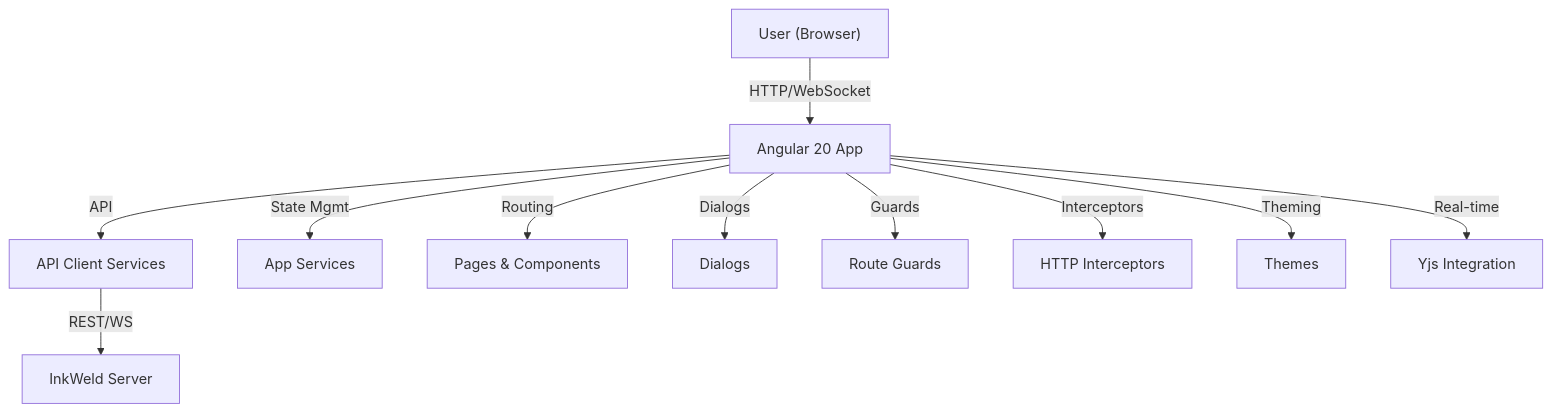
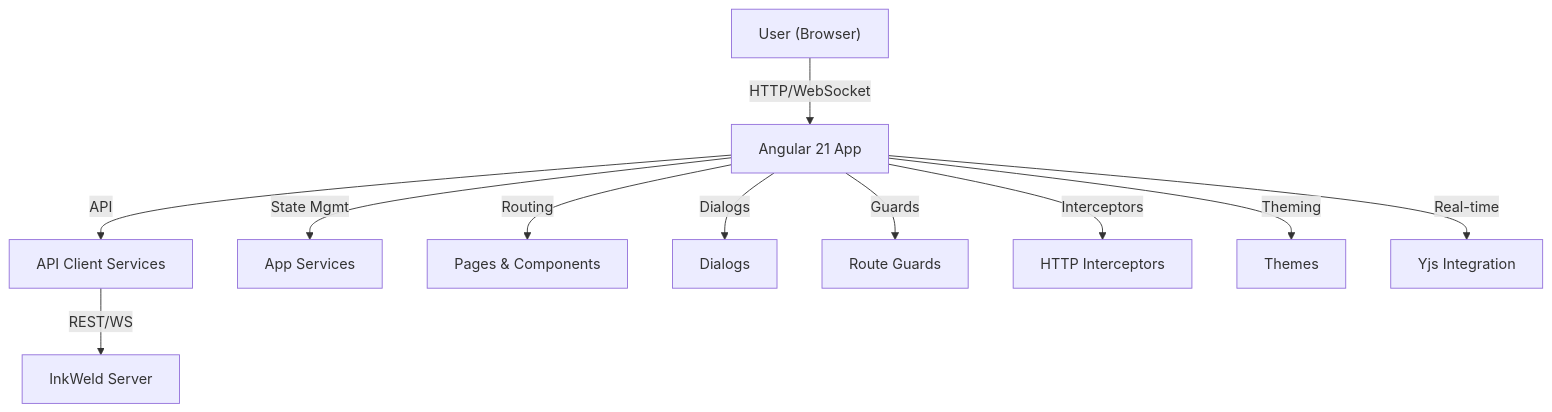
The diagram in frontend/README.md (bobbyquantum/inkweld), drawn with Mermaid before and after one commit. The commit also changed other lines of this file, not shown here.

Commit message:
refactor: update README to reflect Angular 21 changes and testing framework updates

````diff
--- a/frontend/README.md
+++ b/frontend/README.md
@@ -19,13 +19,13 @@
 ```mermaid
 graph TD
-    User["User (Browser)"] -->|HTTP/WebSocket| App["Angular 20 App"]
+    User["User (Browser)"] -->|HTTP/WebSocket| App["Angular 21 App"]
     App -->|API| ApiClient["API Client Services"]
     App -->|State Mgmt| Services["App Services"]
     App -->|Routing| Pages["Pages & Components"]
     App -->|Dialogs| Dialogs["Dialogs"]
     App -->|Guards| Guards["Route Guards"]
     App -->|Interceptors| Interceptors["HTTP Interceptors"]
     App -->|Theming| Themes["Themes"]
     App -->|Real-time| Yjs["Yjs Integration"]
     ApiClient -->|REST/WS| Backend["InkWeld Server"]
 ```
````
